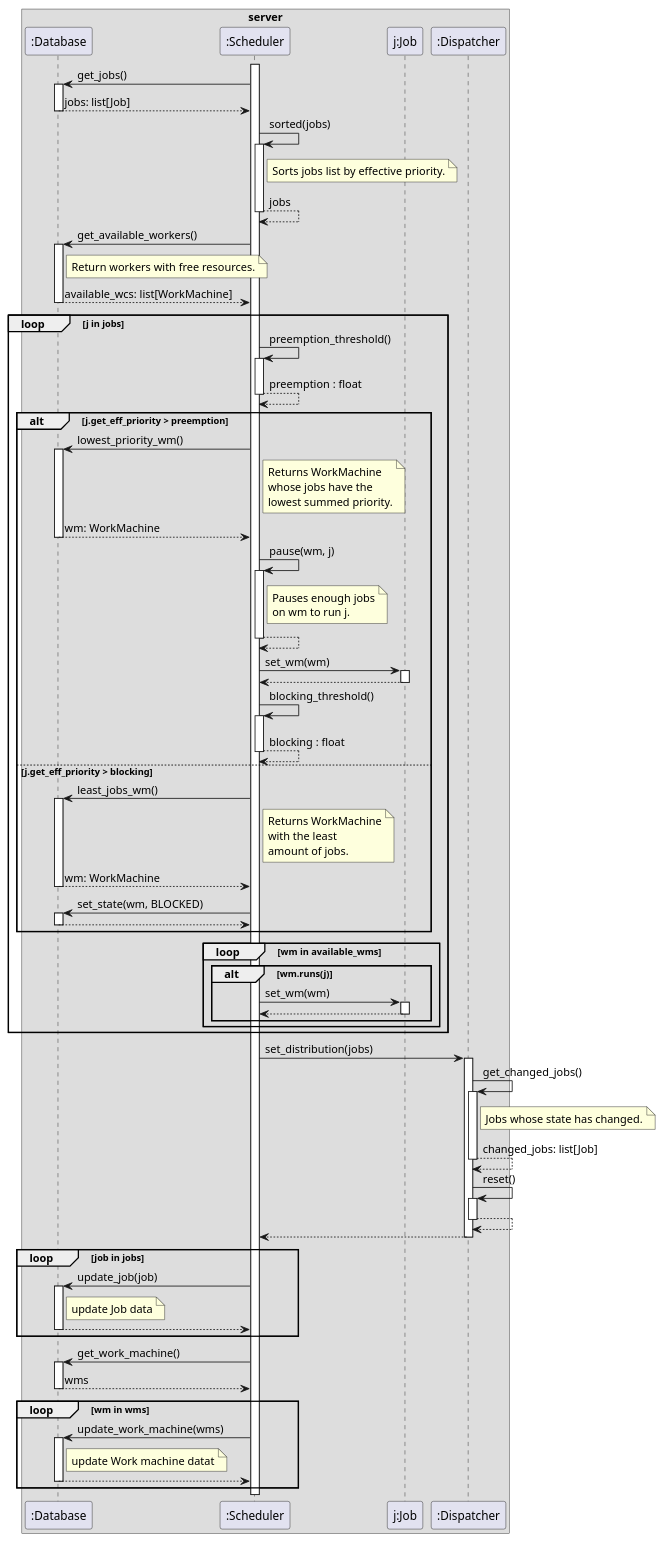
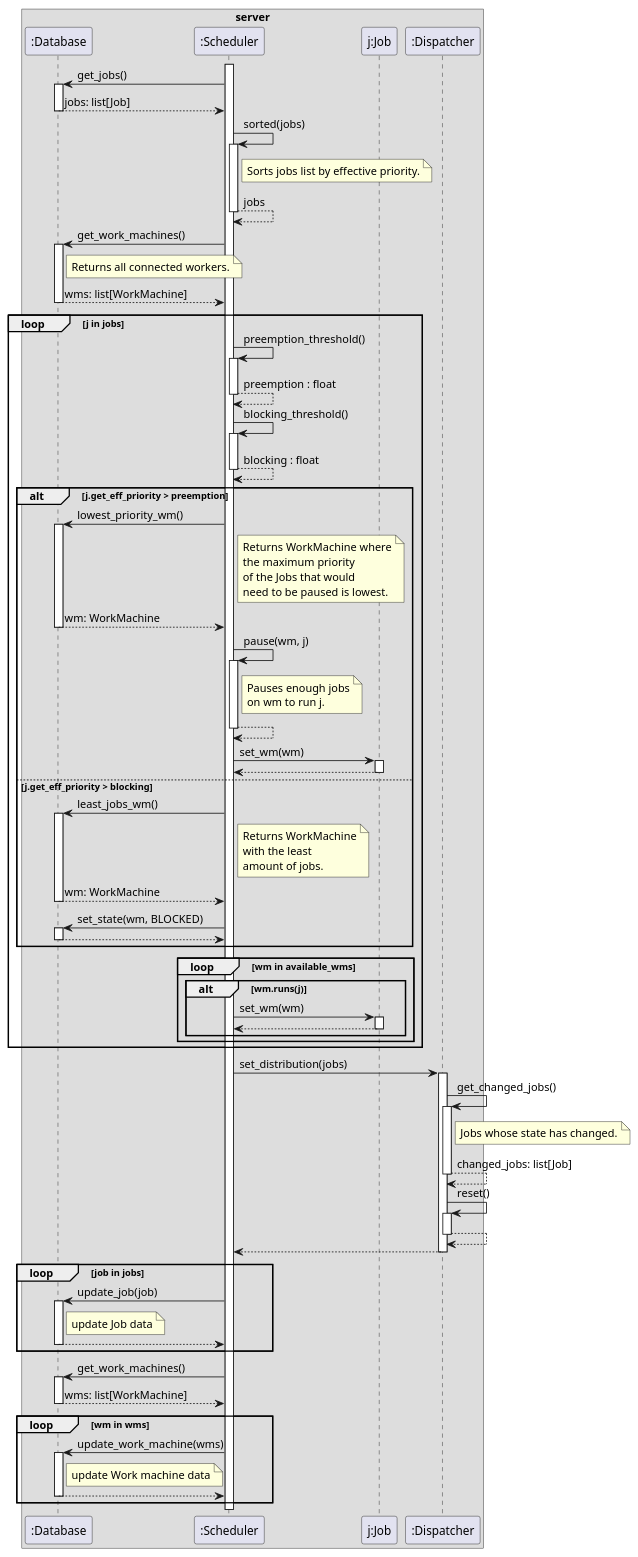
Before and after one commit to DistributedTaskScheduling/documentation: the diagram in design/sequence/scheduler-low.puml, drawn with PlantUML.

Commit message:
fixed semantic error and comments

```diff
--- a/design/sequence/scheduler-low.puml
+++ b/design/sequence/scheduler-low.puml
@@ -1,108 +1,109 @@
 @startuml
 
 box "server"
     participant ":Database" as db
     participant ":Scheduler" as s
     participant "j:Job" as j
     participant ":Dispatcher" as d
 end box
 
 s++
 s -> db++: get_jobs()
 db --> s--: jobs: list[Job]
 
 s -> s++: sorted(jobs)
 note right of s
     Sorts jobs list by effective priority.
 end note
 s --> s--: jobs
 
-s -> db++: get_available_workers()
+s -> db++: get_work_machines()
 note right of db
-    Return workers with free resources.
+    Returns all connected workers.
 end note
-db --> s--: available_wcs: list[WorkMachine]
+db --> s--: wms: list[WorkMachine]
 
 loop j in jobs
     
     s->s++ : preemption_threshold()
     s-->s-- : preemption : float
     
+    s->s++ : blocking_threshold()
+    s-->s-- : blocking : float
+    
     alt j.get_eff_priority > preemption
         s -> db++ : lowest_priority_wm()
         note right of s
-            Returns WorkMachine
-            whose jobs have the
-            lowest summed priority.
+            Returns WorkMachine where
+            the maximum priority
+            of the Jobs that would
+            need to be paused is lowest.
         end note
         db --> s--: wm: WorkMachine
         s -> s ++: pause(wm, j)
         note right of s
             Pauses enough jobs
             on wm to run j.
         end note
         
         s--> s--
 
         s -> j++: set_wm(wm)
         j --> s--
-    
-    s->s++ : blocking_threshold()
-    s-->s-- : blocking : float
-    
+   
     else j.get_eff_priority > blocking
         s -> db++ : least_jobs_wm()
         note right of s
             Returns WorkMachine
             with the least
             amount of jobs.
         end note
         db --> s--: wm: WorkMachine
         
         s -> db++: set_state(wm, BLOCKED)
         db-->s--
     end
     
     loop wm in available_wms
         alt wm.runs(j)
             s -> j++: set_wm(wm)
             j --> s--
         end
     end
     
 end
 
 s -> d++: set_distribution(jobs)
 
 
 d -> d++: get_changed_jobs()
 note right of d
     Jobs whose state has changed.
 end note
 d --> d-- : changed_jobs: list[Job]
 d -> d++: reset()
 d-->d--
 
 d --> s--
 
 loop job in jobs
     s -> db++: update_job(job)
     note right of db
         update Job data
     end note
     db --> s--
 end
 
-s->db++ : get_work_machine()
-db-->s-- : wms
+s->db++ : get_work_machines()
+db-->s-- : wms: list[WorkMachine]
 
 loop wm in wms 
     s -> db++: update_work_machine(wms)
     note right of db
-        update Work machine datat
+        update Work machine data
     end note
     db --> s--
 end
 
 
 @enduml
```
